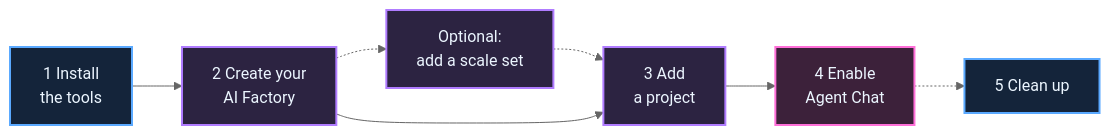
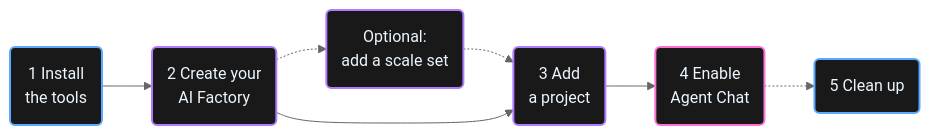
One commit to jostrm/azure-enterprise-scale-ml changed the diagram in documentation/v2/20-29/24-end-2-end-setup.md. Above: the diagram before and after it, drawn with Mermaid (neutral theme). The commit also changed 4 other files, not shown here.

First line of the commit message:
docs: diagram boxes in dark gray with rounded corners

````diff
--- a/documentation/v2/20-29/24-end-2-end-setup.md
+++ b/documentation/v2/20-29/24-end-2-end-setup.md
@@ -21,10 +21,10 @@
 ```mermaid
 flowchart LR
-  A[1 Install<br/>the tools]:::blue --> B[2 Create your<br/>AI Factory]:::purple
-  B -.-> S[Optional:<br/>add a scale set]:::purple -.-> C
-  B --> C[3 Add<br/>a project]:::purple --> D[4 Enable<br/>Agent Chat]:::pink
-  D -.-> E[5 Clean up]:::blue
-  classDef blue fill:#14243A,stroke:#5AA9FF,stroke-width:2px,color:#ECF6FF
-  classDef purple fill:#2C2341,stroke:#B07CFF,stroke-width:2px,color:#ECF6FF
-  classDef pink fill:#3C213A,stroke:#FF6FD8,stroke-width:2px,color:#ECF6FF
+  A(1 Install<br/>the tools):::blue --> B(2 Create your<br/>AI Factory):::purple
+  B -.-> S(Optional:<br/>add a scale set):::purple -.-> C
+  B --> C(3 Add<br/>a project):::purple --> D(4 Enable<br/>Agent Chat):::pink
+  D -.-> E(5 Clean up):::blue
+  classDef blue fill:#191919,stroke:#5AA9FF,stroke-width:2px,color:#ECF6FF
+  classDef purple fill:#191919,stroke:#B07CFF,stroke-width:2px,color:#ECF6FF
+  classDef pink fill:#191919,stroke:#FF6FD8,stroke-width:2px,color:#ECF6FF
 ```
````
